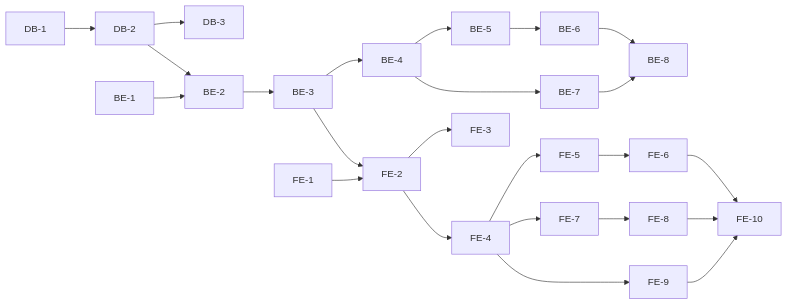
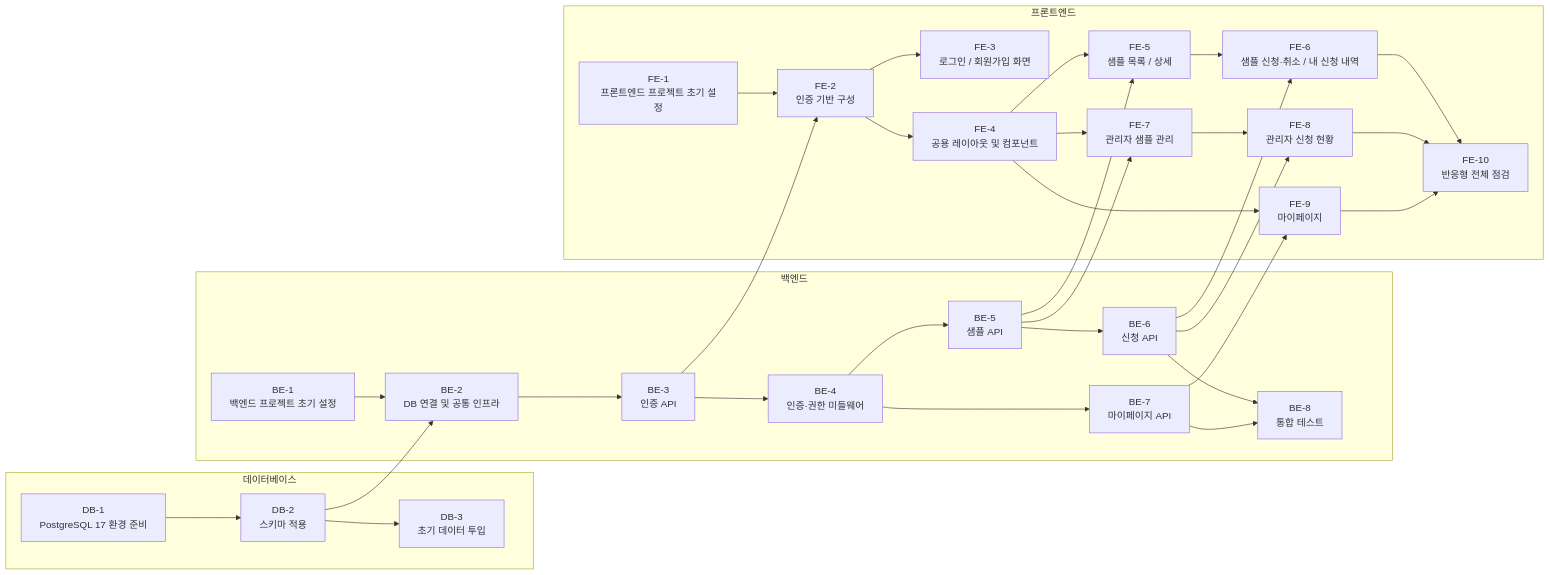
One commit to tyut0823/b2b-promo changed the diagram in docs/9-plan.md. Above: the diagram before and after it, drawn with Mermaid. The commit also changed other lines of this file, not shown here.

Commit message:
Label task names in dependency diagram

````diff
--- a/docs/9-plan.md
+++ b/docs/9-plan.md
@@ -19,20 +20,55 @@
 ```mermaid
 flowchart LR
-    DB1[DB-1] --> DB2[DB-2] --> DB3[DB-3]
-    BE1[BE-1] --> BE2[BE-2]
+    subgraph DB["데이터베이스"]
+        DB1["DB-1<br/>PostgreSQL 17 환경 준비"]
+        DB2["DB-2<br/>스키마 적용"]
+        DB3["DB-3<br/>초기 데이터 투입"]
+    end
+
+    subgraph BE["백엔드"]
+        BE1["BE-1<br/>백엔드 프로젝트 초기 설정"]
+        BE2["BE-2<br/>DB 연결 및 공통 인프라"]
+        BE3["BE-3<br/>인증 API"]
+        BE4["BE-4<br/>인증·권한 미들웨어"]
+        BE5["BE-5<br/>샘플 API"]
+        BE6["BE-6<br/>신청 API"]
+        BE7["BE-7<br/>마이페이지 API"]
+        BE8["BE-8<br/>통합 테스트"]
+    end
+
+    subgraph FE["프론트엔드"]
+        FE1["FE-1<br/>프론트엔드 프로젝트 초기 설정"]
+        FE2["FE-2<br/>인증 기반 구성"]
+        FE3["FE-3<br/>로그인 / 회원가입 화면"]
+        FE4["FE-4<br/>공용 레이아웃 및 컴포넌트"]
+        FE5["FE-5<br/>샘플 목록 / 상세"]
+        FE6["FE-6<br/>샘플 신청·취소 / 내 신청 내역"]
+        FE7["FE-7<br/>관리자 샘플 관리"]
+        FE8["FE-8<br/>관리자 신청 현황"]
+        FE9["FE-9<br/>마이페이지"]
+        FE10["FE-10<br/>반응형 전체 점검"]
+    end
+
+    DB1 --> DB2 --> DB3
+    BE1 --> BE2
     DB2 --> BE2
-    BE2 --> BE3[BE-3] --> BE4[BE-4]
-    BE4 --> BE5[BE-5] --> BE6[BE-6]
-    BE4 --> BE7[BE-7]
-    BE6 --> BE8[BE-8]
+    BE2 --> BE3 --> BE4
+    BE4 --> BE5 --> BE6
+    BE4 --> BE7
+    BE6 --> BE8
     BE7 --> BE8
-    FE1[FE-1] --> FE2[FE-2] --> FE3[FE-3]
+    FE1 --> FE2 --> FE3
     BE3 --> FE2
-    FE2 --> FE4[FE-4]
-    FE4 --> FE5[FE-5] --> FE6[FE-6]
-    FE4 --> FE7[FE-7] --> FE8[FE-8]
-    FE4 --> FE9[FE-9]
-    FE6 --> FE10[FE-10]
+    FE2 --> FE4
+    FE4 --> FE5 --> FE6
+    FE4 --> FE7 --> FE8
+    FE4 --> FE9
+    BE5 --> FE5
+    BE6 --> FE6
+    BE5 --> FE7
+    BE6 --> FE8
+    BE7 --> FE9
+    FE6 --> FE10
     FE8 --> FE10
     FE9 --> FE10
 ```
````
